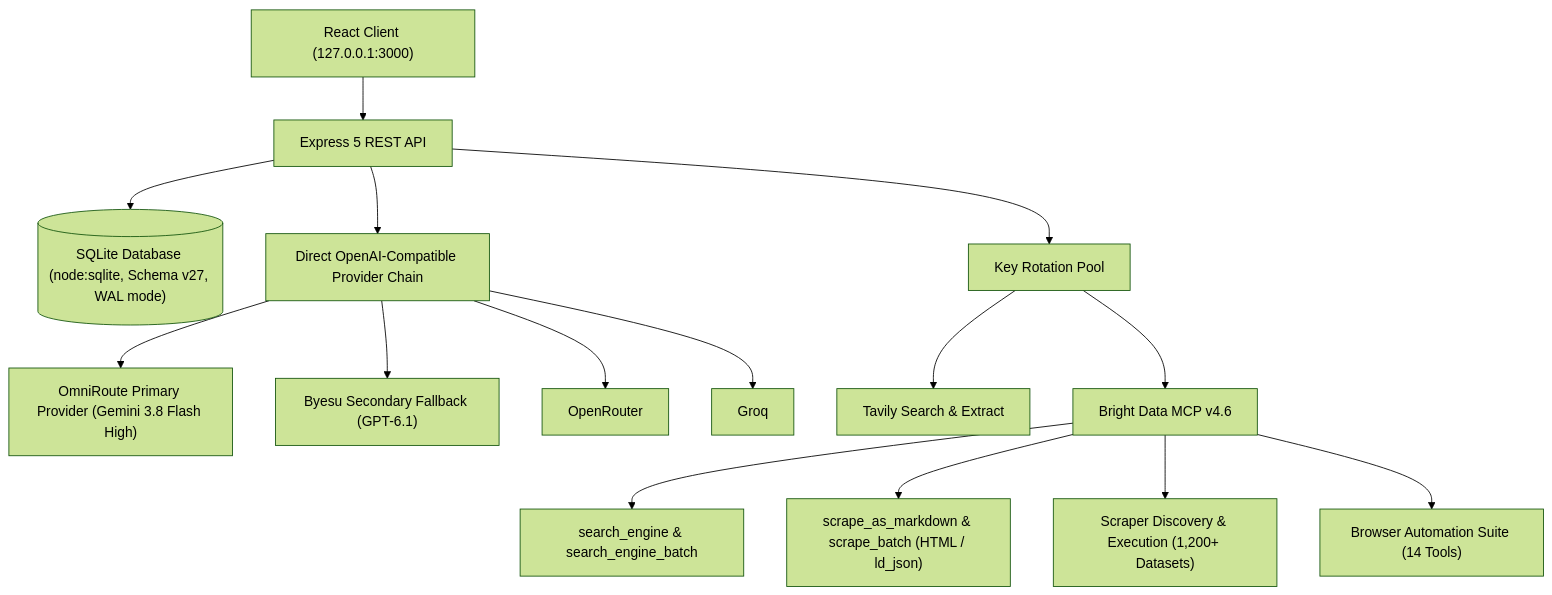
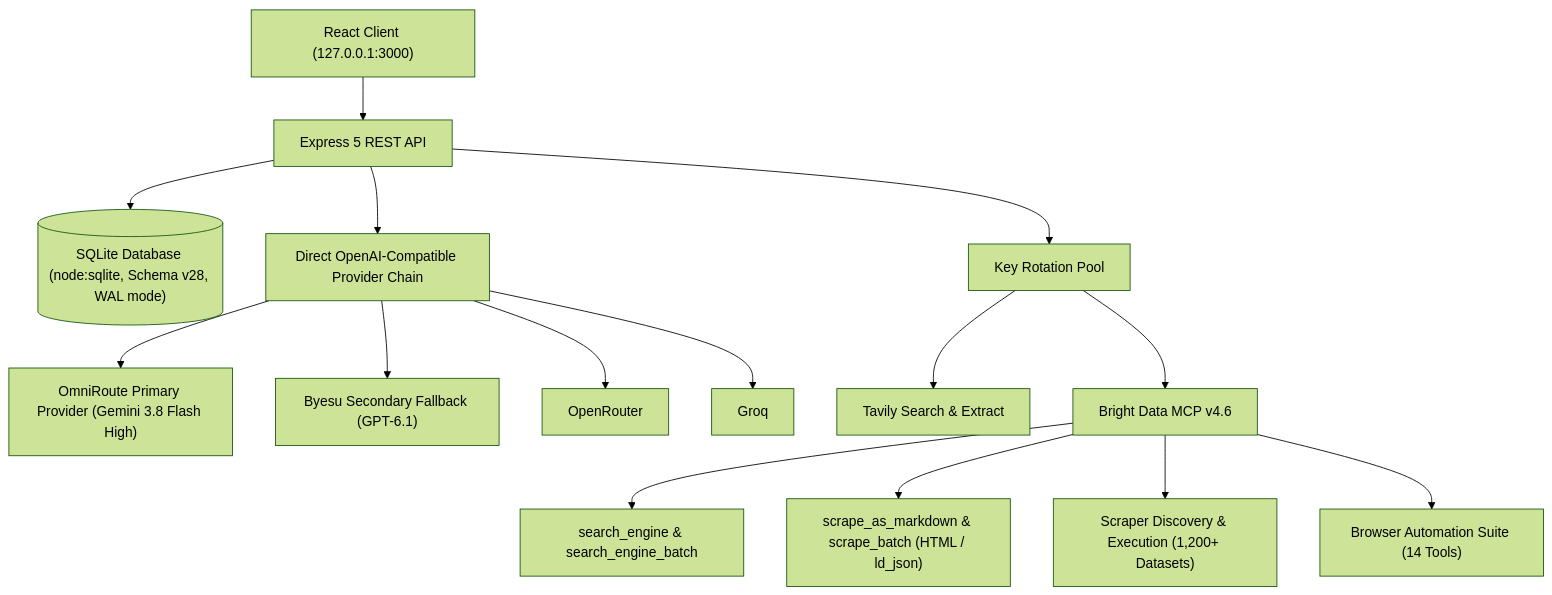
The second of 2 diagrams in README.md (AliasHolmes/Apex-CRM), drawn with Mermaid (forest theme) before and after one commit. The commit also changed other lines of this file and 27 other files, not shown here.

Commit message:
fix(audit): remediate 50 full-stack defects, implement schema v28, and synchronize docs (ADR-0021)

````diff
--- a/README.md
+++ b/README.md
@@ -230,19 +245,19 @@
 ```mermaid
 graph TD
     UI["React Client (127.0.0.1:3000)"] --> API["Express 5 REST API"]
-    API --> DB[("SQLite Database (node:sqlite, Schema v27, WAL mode)")]
+    API --> DB[("SQLite Database (node:sqlite, Schema v28, WAL mode)")]
 
     API --> Direct["Direct OpenAI-Compatible Provider Chain"]
     Direct --> Primary["OmniRoute Primary Provider (Gemini 3.8 Flash High)"]
     Direct --> Secondary["Byesu Secondary Fallback (GPT-6.1)"]
     Direct --> OpenRouter["OpenRouter"]
     Direct --> Groq["Groq"]
 
     API --> KeyRotator["Key Rotation Pool"]
     KeyRotator --> Tavily["Tavily Search & Extract"]
     KeyRotator --> MCP["Bright Data MCP v4.6"]
     MCP --> BDSearch["search_engine & search_engine_batch"]
     MCP --> BDScrape["scrape_as_markdown & scrape_batch (HTML / ld_json)"]
     MCP --> BDScraper["Scraper Discovery & Execution (1,200+ Datasets)"]
     MCP --> BDBrowser["Browser Automation Suite (14 Tools)"]
 ```
````
